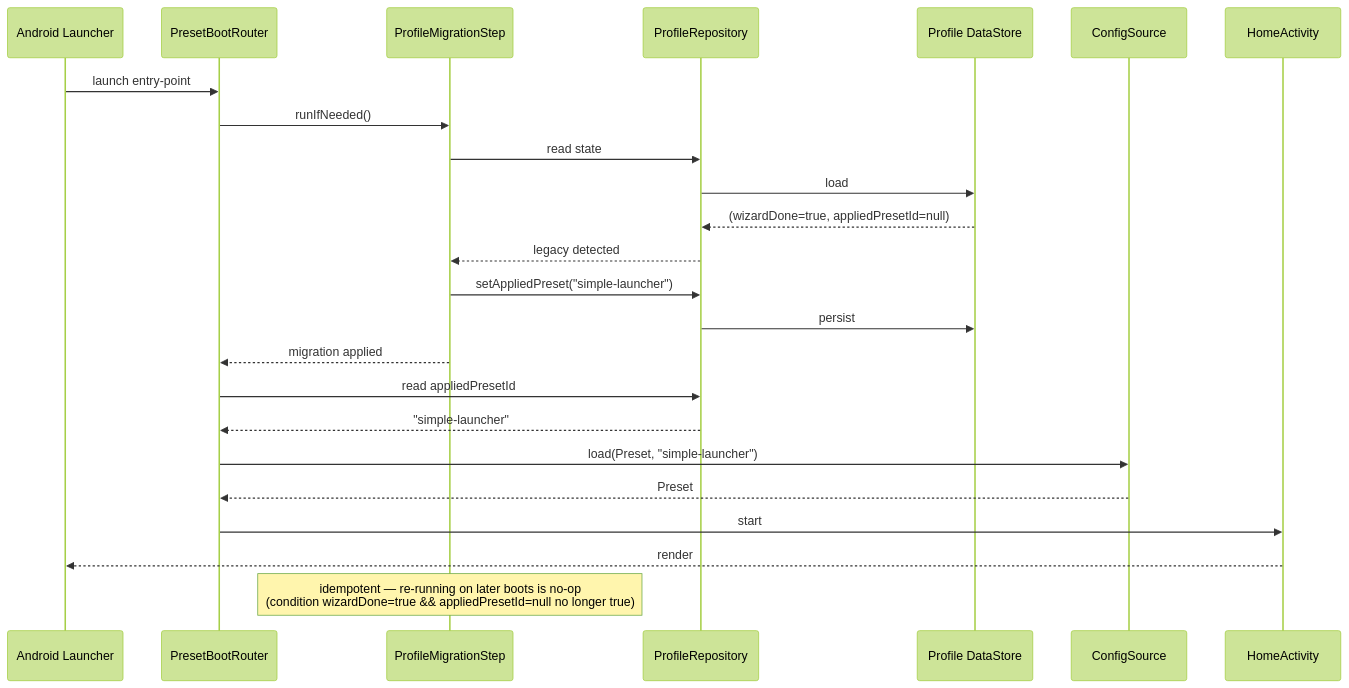
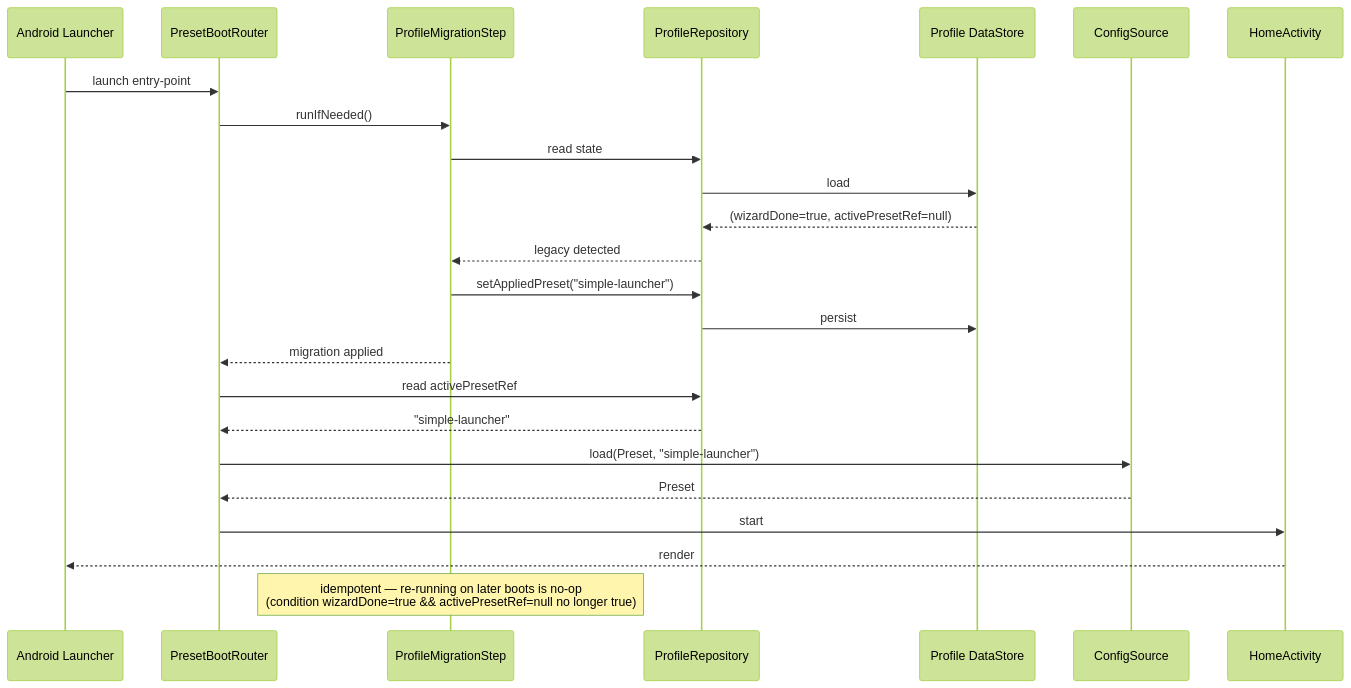
Before and after one commit to jeromwork/launcher: the tenth of 10 diagrams in specs/task-65-profile-composition-foundation-v2/spec.md, drawn with Mermaid (forest theme). The commit also changed other lines of this file, not shown here.

````diff
--- a/specs/task-65-profile-composition-foundation-v2/spec.md
+++ b/specs/task-65-profile-composition-foundation-v2/spec.md
@@ -561,27 +598,27 @@
 ```mermaid
 sequenceDiagram
   participant Sys as Android Launcher
   participant Boot as PresetBootRouter
   participant Mig as ProfileMigrationStep
   participant PR as ProfileRepository
   participant DS as Profile DataStore
   participant CS as ConfigSource
   participant Home as HomeActivity
 
   Sys->>Boot: launch entry-point
   Boot->>Mig: runIfNeeded()
   Mig->>PR: read state
   PR->>DS: load
-  DS-->>PR: (wizardDone=true, appliedPresetId=null)
+  DS-->>PR: (wizardDone=true, activePresetRef=null)
   PR-->>Mig: legacy detected
   Mig->>PR: setAppliedPreset("simple-launcher")
   PR->>DS: persist
   Mig-->>Boot: migration applied
-  Boot->>PR: read appliedPresetId
+  Boot->>PR: read activePresetRef
   PR-->>Boot: "simple-launcher"
   Boot->>CS: load(Preset, "simple-launcher")
   CS-->>Boot: Preset
   Boot->>Home: start
   Home-->>Sys: render
-  Note over Mig: idempotent — re-running on later boots is no-op<br/>(condition wizardDone=true && appliedPresetId=null no longer true)
+  Note over Mig: idempotent — re-running on later boots is no-op<br/>(condition wizardDone=true && activePresetRef=null no longer true)
 ```
````
